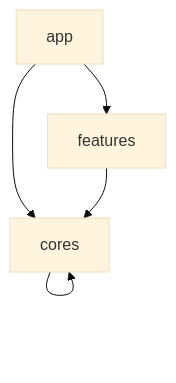
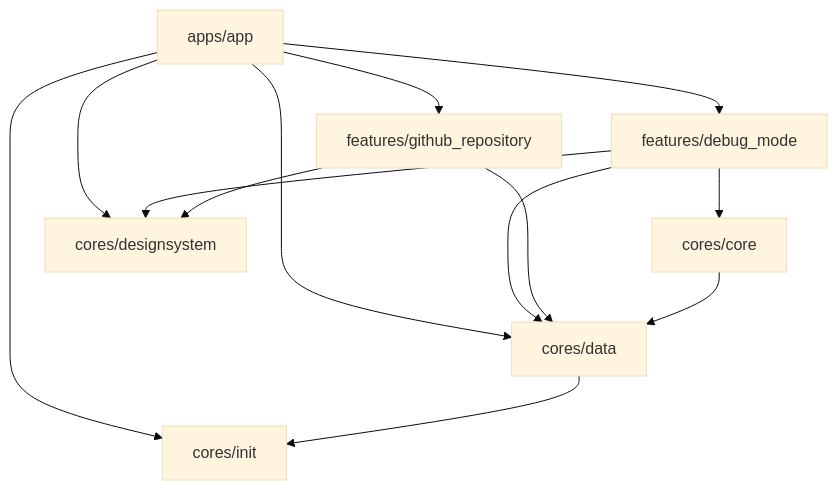
Before and after one commit to yumemi-inc/flutter-mobile-project-template: the diagram in docs/ARCHITECTURE.md, drawn with Mermaid (base theme).

Commit message:
docs: Architecture の mermaid を現状に合わせて更新

````diff
--- a/docs/ARCHITECTURE.md
+++ b/docs/ARCHITECTURE.md
@@ -23,9 +23,16 @@
 ```mermaid
 flowchart TB
-    app
-    cores
-    features
-    app --> cores & features
-    features --> cores
-    cores --> cores
+    apps/app
+    cores/core
+    cores/data
+    cores/designsystem
+    cores/init
+    features/debug_mode
+    features/github_repository
+
+    apps/app --> cores/data & cores/designsystem & cores/init & features/debug_mode & features/github_repository
+    features/debug_mode --> cores/core & cores/data & cores/designsystem
+    features/github_repository --> cores/data & cores/designsystem
+    cores/core --> cores/data
+    cores/data --> cores/init
 ```
````
